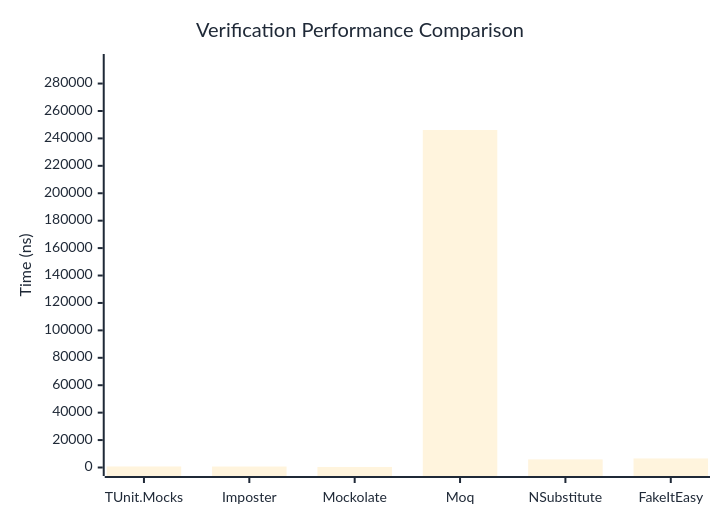
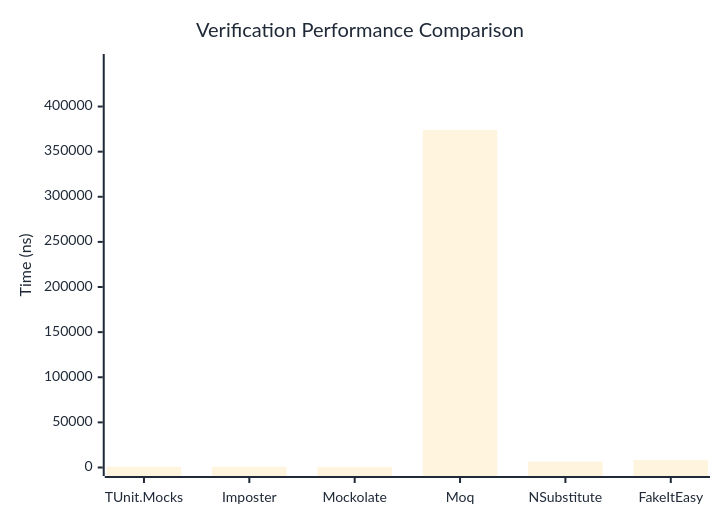
Before and after one commit to thomhurst/TUnit: the first of 3 diagrams in docs/docs/benchmarks/mocks/Verification.md, drawn with Mermaid. The commit also changed other lines of this file and 14 other files, not shown here.

````diff
--- a/docs/docs/benchmarks/mocks/Verification.md
+++ b/docs/docs/benchmarks/mocks/Verification.md
@@ -30,27 +30,27 @@
 ```mermaid
 %%{init: {
   'theme':'base',
   'themeVariables': {
     'primaryColor': '#2563eb',
     'primaryTextColor': '#1f2937',
     'primaryBorderColor': '#1e40af',
     'lineColor': '#6b7280',
     'secondaryColor': '#7c3aed',
     'tertiaryColor': '#dc2626',
     'background': '#ffffff',
     'pie1': '#2563eb',
     'pie2': '#7c3aed',
     'pie3': '#dc2626',
     'pie4': '#f59e0b',
     'pie5': '#10b981',
     'pie6': '#06b6d4',
     'pie7': '#ec4899',
     'pie8': '#6366f1'
   }
 }}%%
 xychart-beta
   title "Verification Performance Comparison"
   x-axis ["TUnit.Mocks", "Imposter", "Mockolate", "Moq", "NSubstitute", "FakeItEasy"]
-  y-axis "Time (ns)" 0 --> 295351
-  bar [755.5, 706.63, 398.91, 246125.5, 5905.26, 6603.7]
+  y-axis "Time (ns)" 0 --> 448796
+  bar [740.28, 735.96, 427.34, 373996.51, 6486.31, 8142.2]
 ```
````
